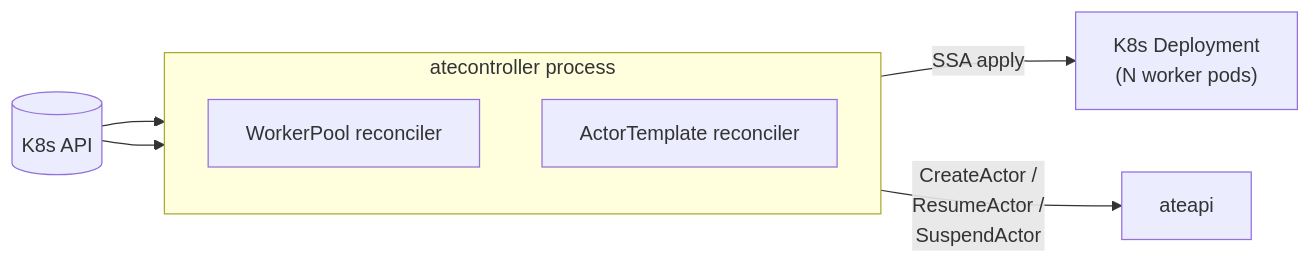
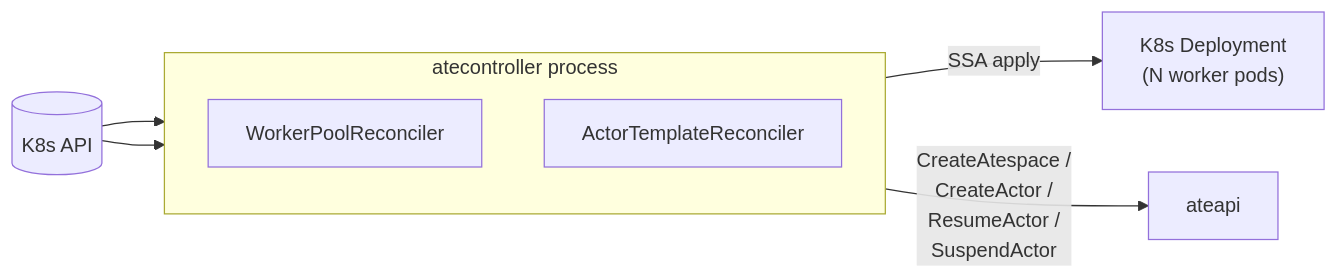
One commit to christian-posta/substrate changed the first of 2 diagrams in atlas/src/content/docs/components/atecontroller.mdx. Above: the diagram before and after it, drawn with Mermaid. The commit also changed other lines of this file and 28 other files, not shown here.

````diff
--- a/atlas/src/content/docs/components/atecontroller.mdx
+++ b/atlas/src/content/docs/components/atecontroller.mdx
@@ -13,16 +15,16 @@
 ```mermaid
 flowchart LR
   subgraph CTRL["atecontroller process"]
     direction TB
-    WPR["WorkerPool reconciler"]
-    ATR["ActorTemplate reconciler"]
+    WPR["WorkerPoolReconciler"]
+    ATR["ActorTemplateReconciler"]
   end
 
   K8s[(K8s API)] --> WPR
   K8s --> ATR
 
   WPR -- SSA apply --> DEP["K8s Deployment<br/>(N worker pods)"]
-  ATR -- CreateActor /<br/>ResumeActor /<br/>SuspendActor --> API[ateapi]
+  ATR -- CreateAtespace /<br/>CreateActor /<br/>ResumeActor /<br/>SuspendActor --> API[ateapi]
 
   click API "/components/ateapi/" "ateapi"
 ```
````
